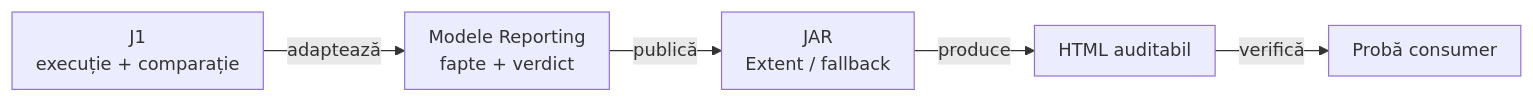
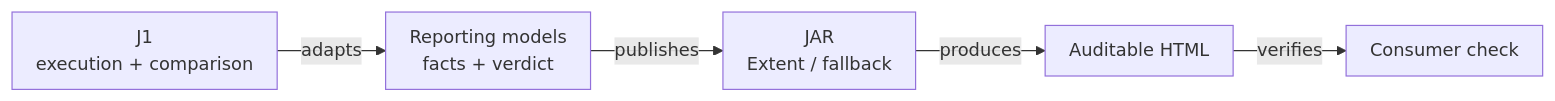
Before and after one commit to crististefanita/atf_j1: the diagram in docs/ATF_Reporting_Library_Atlas.md, drawn with Mermaid. The commit also changed other lines of this file and 83 other files, not shown here.

````diff
--- a/docs/ATF_Reporting_Library_Atlas.md
+++ b/docs/ATF_Reporting_Library_Atlas.md
@@ -40,8 +40,8 @@
 ```mermaid
 %%{init: {"themeVariables":{"fontSize":"15px"},"themeCSS":".nodeLabel, .nodeLabel p { font-size: 15px !important; line-height: 1.35 !important; } .edgeLabel, .edgeLabel p { font-size: 12px !important; font-weight: 400 !important; line-height: 1.2 !important; } .edgeLabel .labelBkg, .edgeLabel p { background: transparent !important; } .edgeLabel foreignObject { transform: translateY(-18px); overflow: visible; } .node rect { rx: 6px; ry: 6px; }","flowchart":{"curve":"linear","nodeSpacing":24,"rankSpacing":40,"padding":10,"diagramPadding":16}}}%%
 flowchart LR
-    Caller["J1<br/>execuție + comparație"] -->|adaptează| DTO["Modele Reporting<br/>fapte + verdict"]
-    DTO -->|publică| Jar["JAR<br/>Extent / fallback"]
-    Jar -->|produce| Html["HTML auditabil"]
-    Html -->|verifică| Proof["Probă consumer"]
+    Caller["J1<br/>execution + comparison"] -->|adapts| DTO["Reporting models<br/>facts + verdict"]
+    DTO -->|publishes| Jar["JAR<br/>Extent / fallback"]
+    Jar -->|produces| Html["Auditable HTML"]
+    Html -->|verifies| Proof["Consumer check"]
 ```
````
